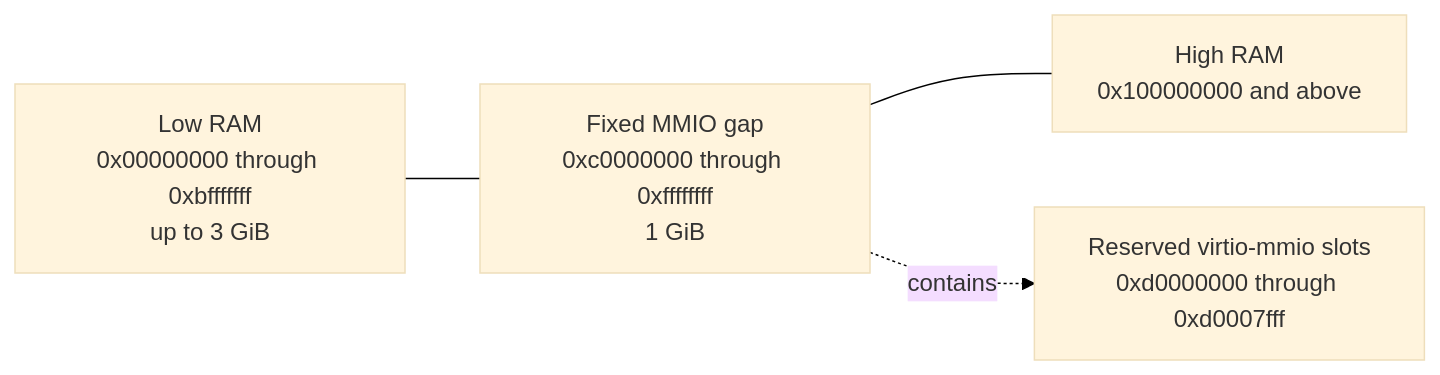
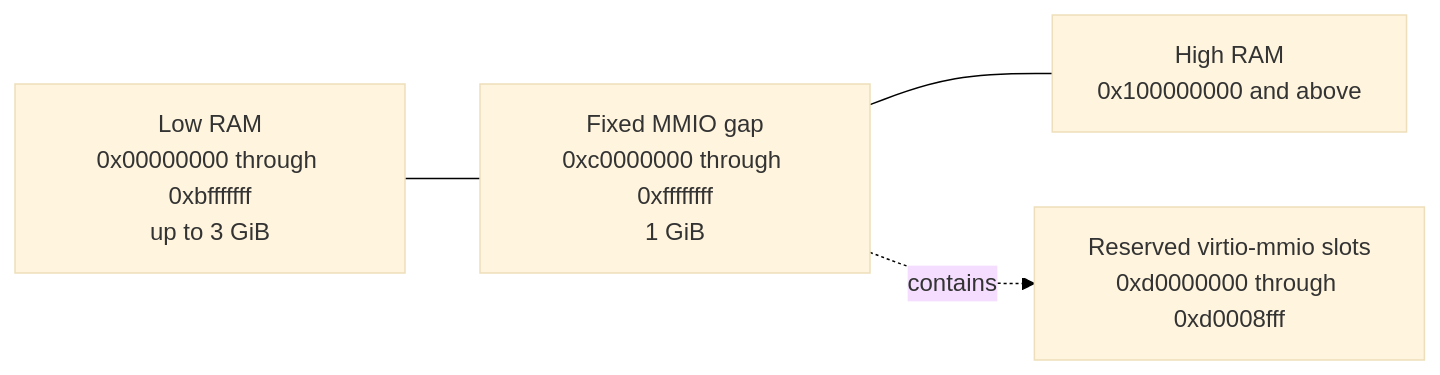
Before and after one commit to agent-next/nvx: the diagram in doc/design/cold-boot.md, drawn with Mermaid. The commit also changed other lines of this file, not shown here.

````diff
--- a/doc/design/cold-boot.md
+++ b/doc/design/cold-boot.md
@@ -50,12 +50,12 @@
 ```mermaid
 %%{init: {"theme": "base", "themeVariables": {"background": "#ffffff"}}}%%
 flowchart LR
    Low["Low RAM<br/>0x00000000 through 0xbfffffff<br/>up to 3 GiB"]
    Gap["Fixed MMIO gap<br/>0xc0000000 through 0xffffffff<br/>1 GiB"]
    High["High RAM<br/>0x100000000 and above"]
-   Slots["Reserved virtio-mmio slots<br/>0xd0000000 through 0xd0007fff"]
+   Slots["Reserved virtio-mmio slots<br/>0xd0000000 through 0xd0008fff"]
 
    Low --- Gap
    Gap --- High
    Gap -. contains .-> Slots
 ```
````
